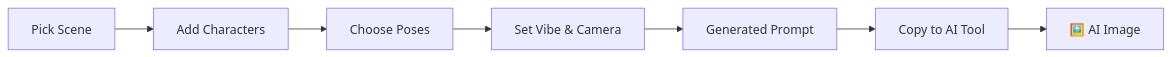
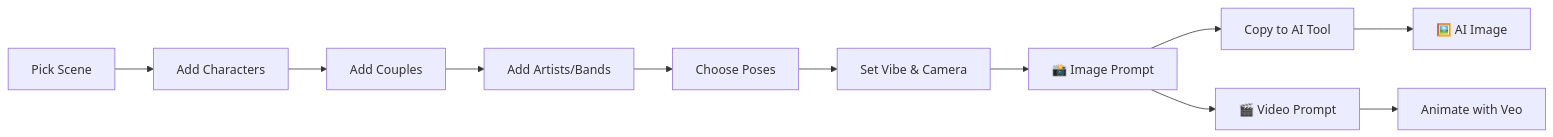
One commit to Gimm17/ManWhoCantBeMoved-PromptGenerator changed the diagram in README.md. Above: the diagram before and after it, drawn with Mermaid. The commit also changed other lines of this file, not shown here.

Commit message:
docs: update README with Artist/Band, Couple, Video, Pose Compatibility features

````diff
--- a/README.md
+++ b/README.md
@@ -154,9 +176,13 @@
 ```mermaid
 graph LR
     A[Pick Scene] --> B[Add Characters]
-    B --> C[Choose Poses]
-    C --> D[Set Vibe & Camera]
-    D --> E[Generated Prompt]
-    E --> F[Copy to AI Tool]
-    F --> G[🖼️ AI Image]
+    B --> C[Add Couples]
+    C --> D[Add Artists/Bands]
+    D --> E[Choose Poses]
+    E --> F[Set Vibe & Camera]
+    F --> G[📸 Image Prompt]
+    G --> H[Copy to AI Tool]
+    H --> I[🖼️ AI Image]
+    G --> J[🎬 Video Prompt]
+    J --> K[Animate with Veo]
 ```
````
